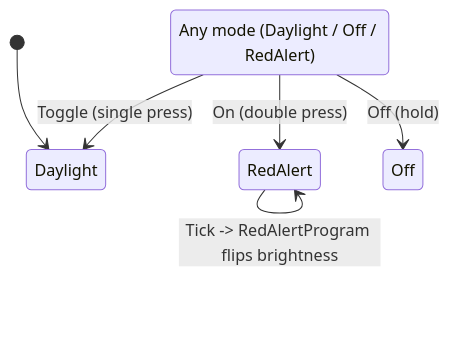
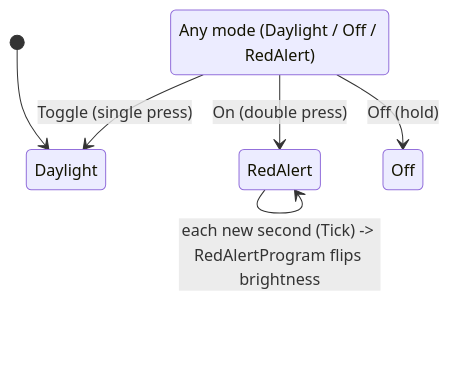
The fourth of 5 diagrams in DESIGN.md (bjerre/sunsim), drawn with Mermaid before and after one commit. The commit also changed other lines of this file and 15 other files, not shown here.

````diff
--- a/DESIGN.md
+++ b/DESIGN.md
@@ -167,9 +167,9 @@
 ```mermaid
 stateDiagram-v2
     state "Any mode (Daylight / Off / RedAlert)" as Any
     [*] --> Daylight
     Any --> Daylight: Toggle (single press)
     Any --> RedAlert: On (double press)
     Any --> Off: Off (hold)
-    RedAlert --> RedAlert: Tick -> RedAlertProgram flips brightness
+    RedAlert --> RedAlert: each new second (Tick) -> RedAlertProgram flips brightness
 ```
````
